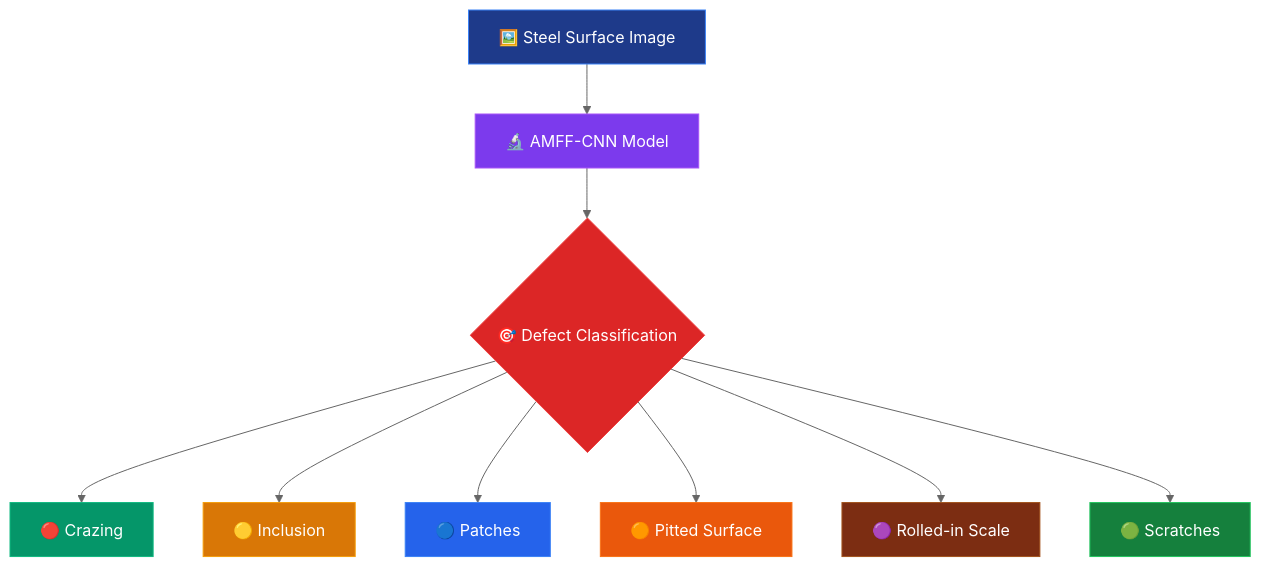
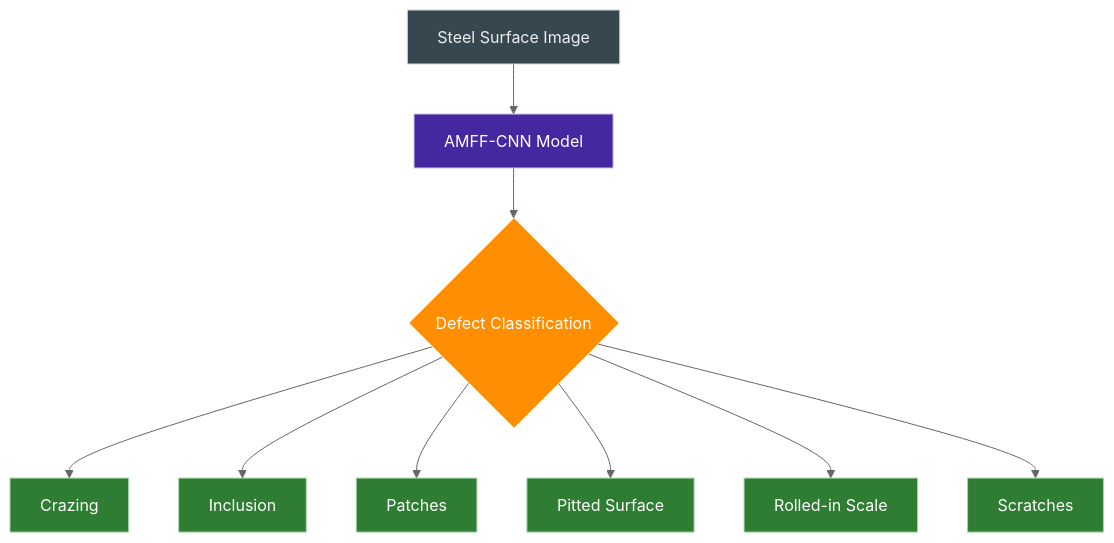
Before and after one commit to RiteshKumar2e/Steel_Surface_Defect_NEU_DET-DATASET: the first of 3 diagrams in README.md, drawn with Mermaid (neutral theme). The commit also changed other lines of this file, not shown here.

````diff
--- a/README.md
+++ b/README.md
@@ -140,21 +52,21 @@
 ```mermaid
 graph TD
-    A[🖼️ Steel Surface Image] --> B[🔬 AMFF-CNN Model]
-    B --> C{🎯 Defect Classification}
-    C --> D[🔴 Crazing]
-    C --> E[🟡 Inclusion]
-    C --> F[🔵 Patches]
-    C --> G[🟠 Pitted Surface]
-    C --> H[🟣 Rolled-in Scale]
-    C --> I[🟢 Scratches]
+    A[Steel Surface Image] --> B[AMFF-CNN Model]
+    B --> C{Defect Classification}
+    C --> D[Crazing]
+    C --> E[Inclusion]
+    C --> F[Patches]
+    C --> G[Pitted Surface]
+    C --> H[Rolled-in Scale]
+    C --> I[Scratches]
     
-    style A fill:#1e3a8a,stroke:#3b82f6,color:#ffffff
-    style B fill:#7c3aed,stroke:#a855f7,color:#ffffff
-    style C fill:#dc2626,stroke:#ef4444,color:#ffffff
-    style D fill:#059669,stroke:#10b981,color:#ffffff
-    style E fill:#d97706,stroke:#f59e0b,color:#ffffff
-    style F fill:#2563eb,stroke:#3b82f6,color:#ffffff
-    style G fill:#ea580c,stroke:#f97316,color:#ffffff
-    style H fill:#7c2d12,stroke:#a3531d,color:#ffffff
-    style I fill:#15803d,stroke:#22c55e,color:#ffffff
+style A fill:#37474f,stroke:#cfd8dc,color:#eceff1
+style B fill:#4527a0,stroke:#d1c4e9,color:#ffffff
+style C fill:#ff8f00,stroke:#ffe0b2,color:#ffffff
+style D fill:#2e7d32,stroke:#a5d6a7,color:#ffffff
+style E fill:#2e7d32,stroke:#a5d6a7,color:#ffffff
+style F fill:#2e7d32,stroke:#a5d6a7,color:#ffffff
+style G fill:#2e7d32,stroke:#a5d6a7,color:#ffffff
+style H fill:#2e7d32,stroke:#a5d6a7,color:#ffffff
+style I fill:#2e7d32,stroke:#a5d6a7,color:#ffffff
 ```
````
